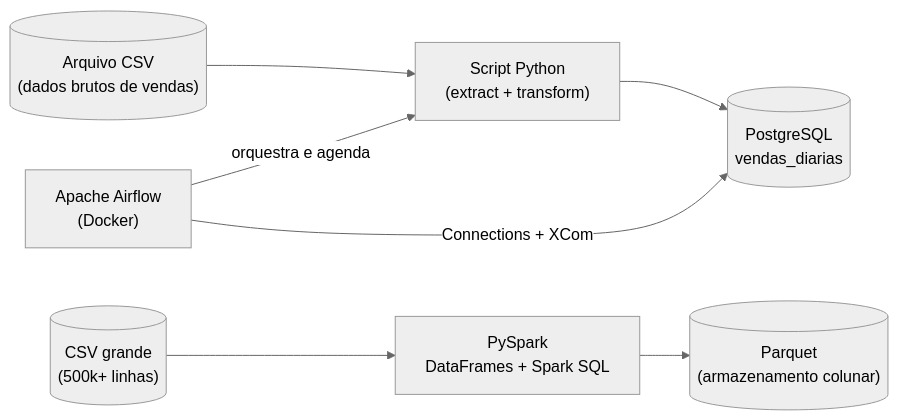
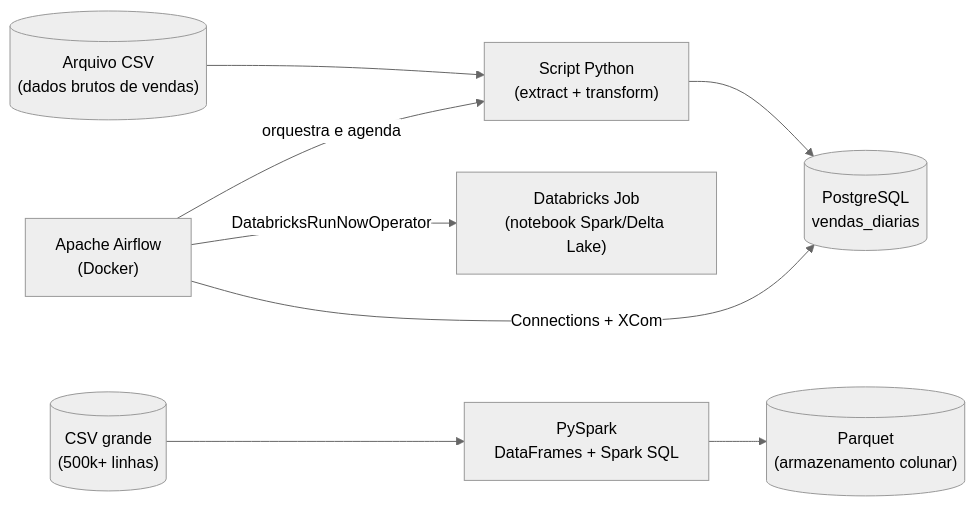
One commit to Rafael-Code-Byte/pipeline-vendas-ecommerce changed the diagram in README.md. Above: the diagram before and after it, drawn with Mermaid (neutral theme). The commit also changed other lines of this file, not shown here.

First line of the commit message:
Enhance README with Databricks orchestration details

````diff
--- a/README.md
+++ b/README.md
@@ -7,9 +7,10 @@
 ```mermaid
 flowchart LR
     CSV[("Arquivo CSV\n(dados brutos de vendas)")] --> ETL["Script Python\n(extract + transform)"]
     ETL --> PG[(PostgreSQL\nvendas_diarias)]
     AF["Apache Airflow\n(Docker)"] -->|orquestra e agenda| ETL
     AF -->|Connections + XCom| PG
+    AF -->|DatabricksRunNowOperator| DBX["Databricks Job\n(notebook Spark/Delta Lake)"]
     CSVGrande[("CSV grande\n(500k+ linhas)")] --> Spark["PySpark\nDataFrames + Spark SQL"]
     Spark --> Parquet[("Parquet\n(armazenamento colunar)")]
 ```
````
